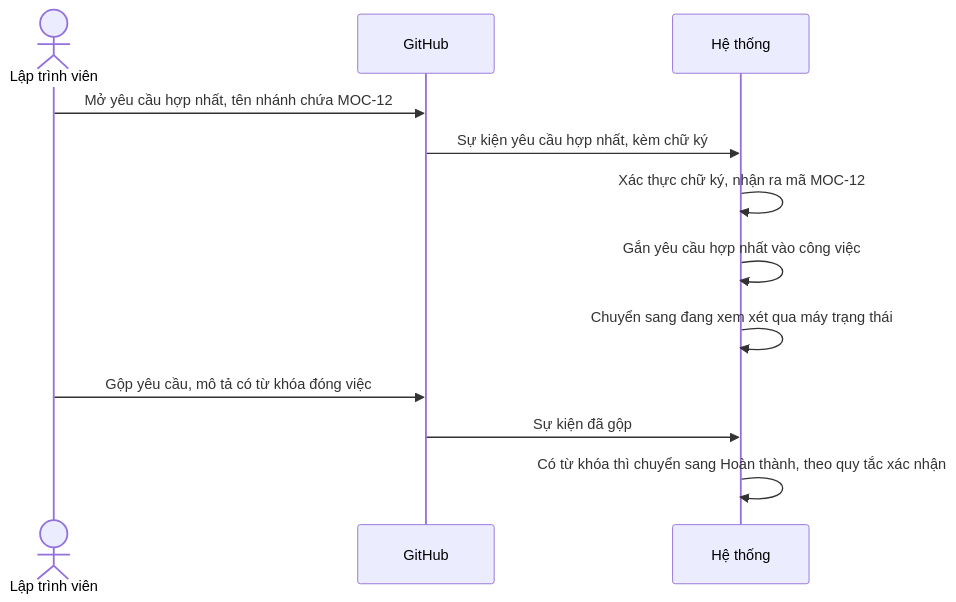
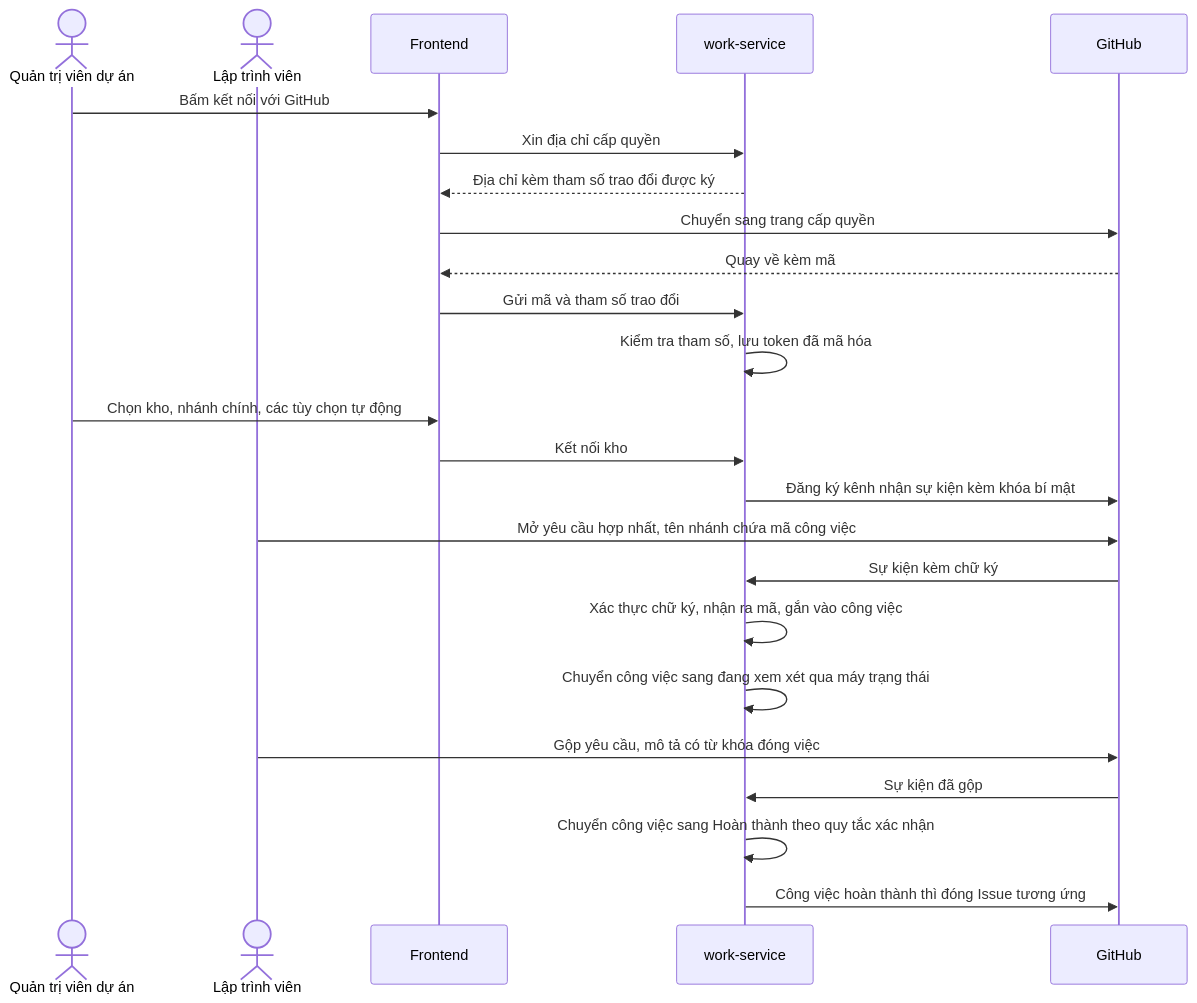
One commit to Hecker-Chuoi/DATN-2026 changed the tenth of 17 diagrams in docs/report/main/04_CHUONG_3_DAC_TA_PHAN_TICH_THIET_KE.md. Above: the diagram before and after it, drawn with Mermaid. The commit also changed other lines of this file and 4 other files, not shown here.

````diff
--- a/docs/report/main/04_CHUONG_3_DAC_TA_PHAN_TICH_THIET_KE.md
+++ b/docs/report/main/04_CHUONG_3_DAC_TA_PHAN_TICH_THIET_KE.md
@@ -369,14 +523,26 @@
 ```mermaid
 sequenceDiagram
+    actor QT as Quản trị viên dự án
     actor LT as Lập trình viên
+    participant GD as Frontend
+    participant CV as work-service
     participant GH as GitHub
-    participant HT as Hệ thống
-    LT->>GH: Mở yêu cầu hợp nhất, tên nhánh chứa MOC-12
-    GH->>HT: Sự kiện yêu cầu hợp nhất, kèm chữ ký
-    HT->>HT: Xác thực chữ ký, nhận ra mã MOC-12
-    HT->>HT: Gắn yêu cầu hợp nhất vào công việc
-    HT->>HT: Chuyển sang đang xem xét qua máy trạng thái
+    QT->>GD: Bấm kết nối với GitHub
+    GD->>CV: Xin địa chỉ cấp quyền
+    CV-->>GD: Địa chỉ kèm tham số trao đổi được ký
+    GD->>GH: Chuyển sang trang cấp quyền
+    GH-->>GD: Quay về kèm mã
+    GD->>CV: Gửi mã và tham số trao đổi
+    CV->>CV: Kiểm tra tham số, lưu token đã mã hóa
+    QT->>GD: Chọn kho, nhánh chính, các tùy chọn tự động
+    GD->>CV: Kết nối kho
+    CV->>GH: Đăng ký kênh nhận sự kiện kèm khóa bí mật
+    LT->>GH: Mở yêu cầu hợp nhất, tên nhánh chứa mã công việc
+    GH->>CV: Sự kiện kèm chữ ký
+    CV->>CV: Xác thực chữ ký, nhận ra mã, gắn vào công việc
+    CV->>CV: Chuyển công việc sang đang xem xét qua máy trạng thái
     LT->>GH: Gộp yêu cầu, mô tả có từ khóa đóng việc
-    GH->>HT: Sự kiện đã gộp
-    HT->>HT: Có từ khóa thì chuyển sang Hoàn thành, theo quy tắc xác nhận
+    GH->>CV: Sự kiện đã gộp
+    CV->>CV: Chuyển công việc sang Hoàn thành theo quy tắc xác nhận
+    CV->>GH: Công việc hoàn thành thì đóng Issue tương ứng
 ```
````
